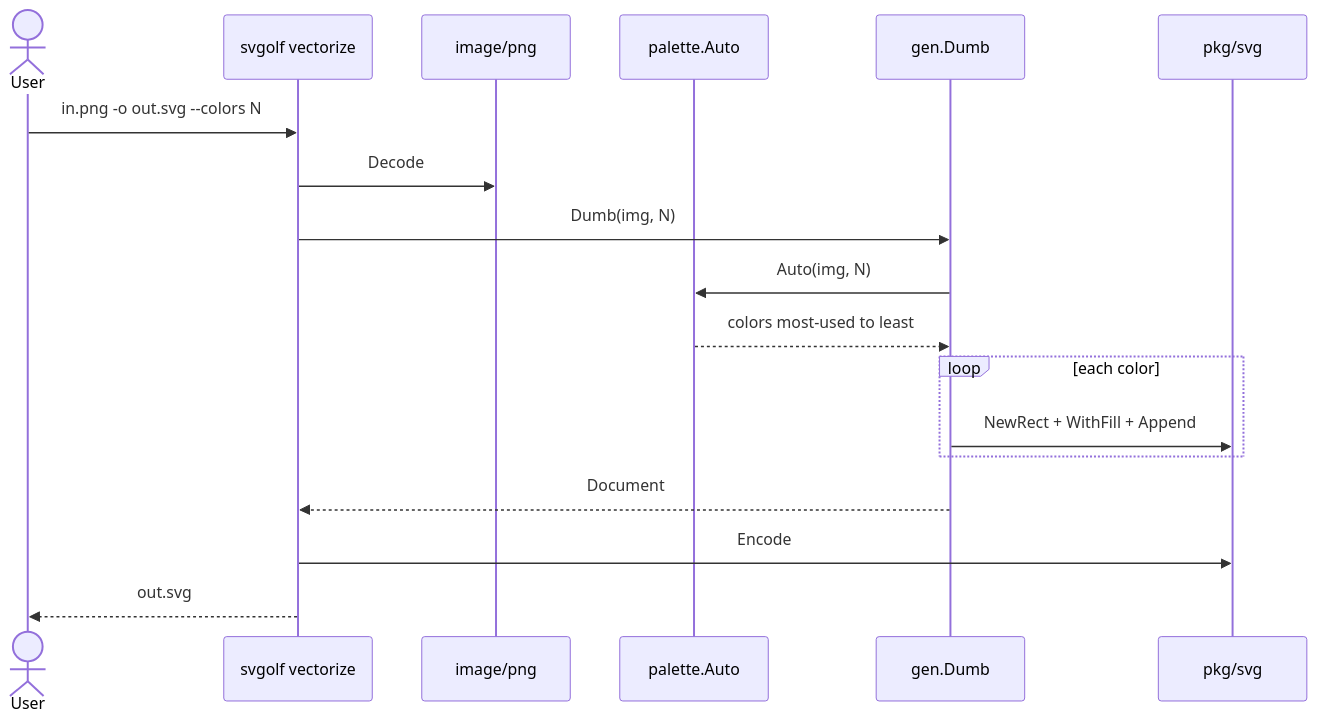
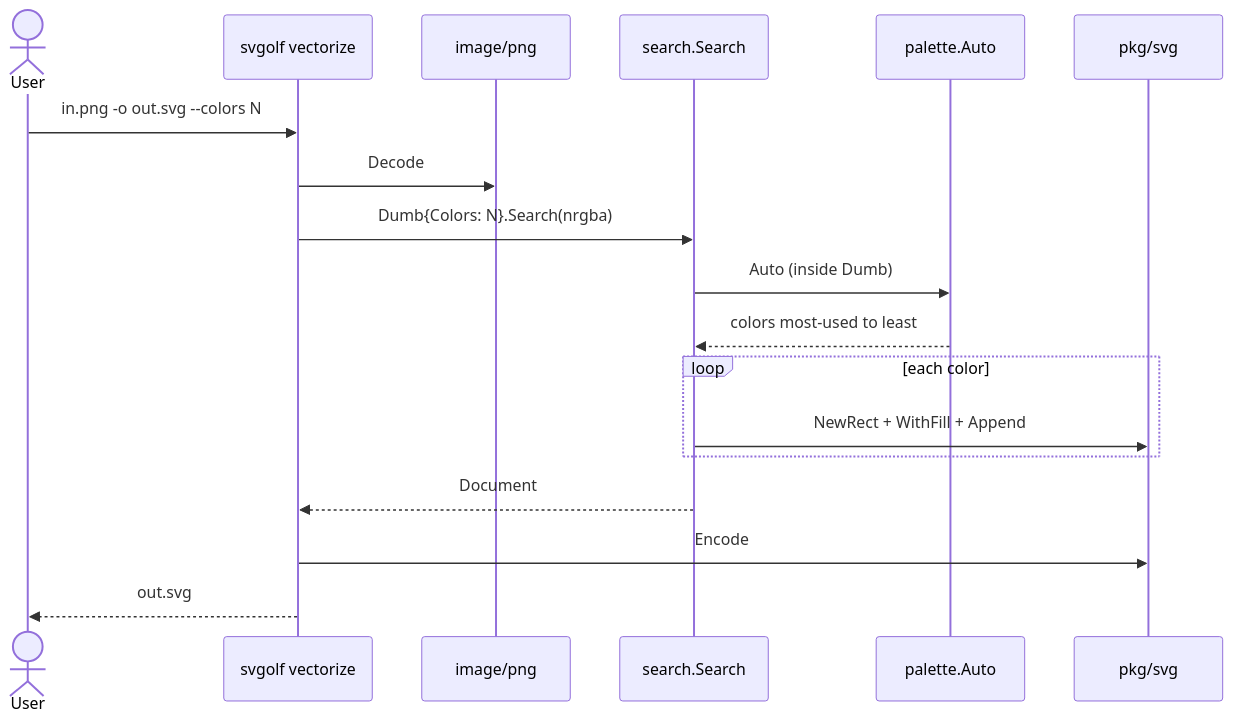
One commit to lewtec/svgolf changed the second of 5 diagrams in SPEC.md. Above: the diagram before and after it, drawn with Mermaid. The commit also changed other lines of this file and 7 other files, not shown here.

First line of the commit message:
feat(search): make Dumb the Search adapter

````diff
--- a/SPEC.md
+++ b/SPEC.md
@@ -909,20 +920,20 @@
 ```mermaid
 sequenceDiagram
   actor User
   participant CLI as svgolf vectorize
   participant PNG as image/png
+  participant Search as search.Search
   participant Pal as palette.Auto
-  participant Dumb as gen.Dumb
   participant SVG as pkg/svg
   User->>CLI: in.png -o out.svg --colors N
   CLI->>PNG: Decode
-  CLI->>Dumb: Dumb(img, N)
-  Dumb->>Pal: Auto(img, N)
-  Pal-->>Dumb: colors most-used to least
+  CLI->>Search: Dumb{Colors: N}.Search(nrgba)
+  Search->>Pal: Auto (inside Dumb)
+  Pal-->>Search: colors most-used to least
   loop each color
-    Dumb->>SVG: NewRect + WithFill + Append
+    Search->>SVG: NewRect + WithFill + Append
   end
-  Dumb-->>CLI: Document
+  Search-->>CLI: Document
   CLI->>SVG: Encode
   CLI-->>User: out.svg
 ```
````
